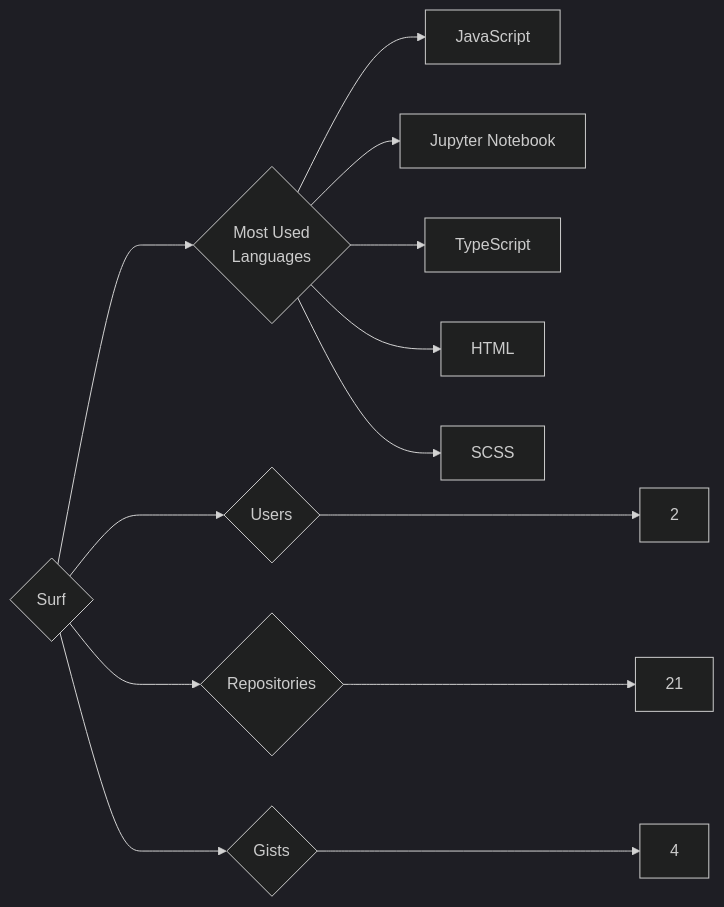
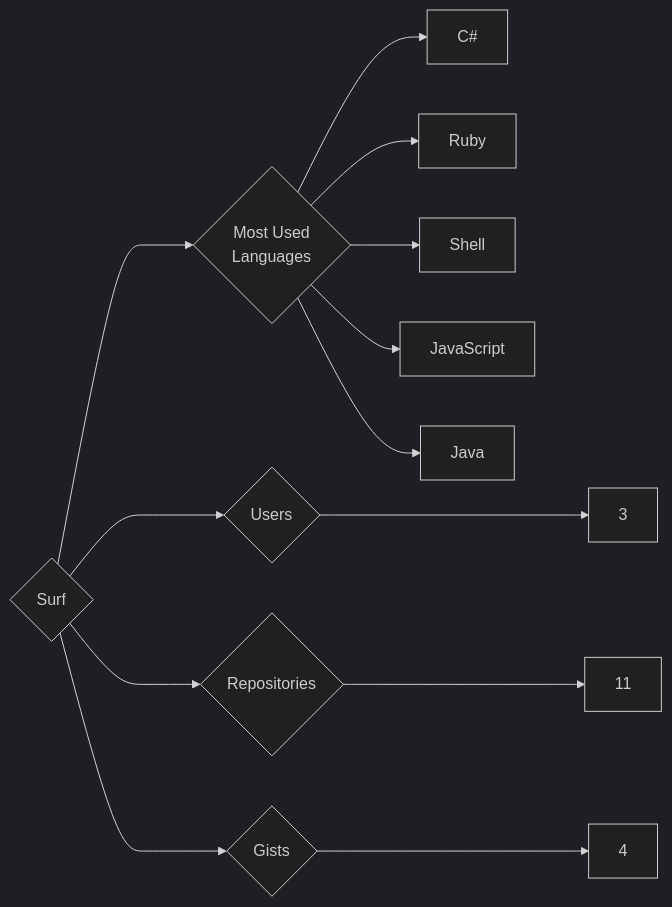
The diagram in targets/Surf/README.md (trickest/insiders), drawn with Mermaid (dark theme) before and after one commit. The commit also changed 682 other files, not shown here.

````diff
--- a/targets/Surf/README.md
+++ b/targets/Surf/README.md
@@ -3,13 +3,13 @@
 ```mermaid
 graph LR
 COMPANY_NAME{Surf}
-COMPANY_NAME ---> U{Users} ---> UN[2]
-COMPANY_NAME ---> R{Repositories} ---> RN[21]
+COMPANY_NAME ---> U{Users} ---> UN[3]
+COMPANY_NAME ---> R{Repositories} ---> RN[11]
 COMPANY_NAME ---> G{Gists} ---> GN[4]
 COMPANY_NAME ---> ML{Most Used<br>Languages}
+ML --> C#[C#]
+ML --> Ruby[Ruby]
+ML --> Shell[Shell]
 ML --> JavaScript[JavaScript]
-ML --> Jupyter_Notebook[Jupyter Notebook]
-ML --> TypeScript[TypeScript]
-ML --> HTML[HTML]
-ML --> SCSS[SCSS]
+ML --> Java[Java]
 ```
````
